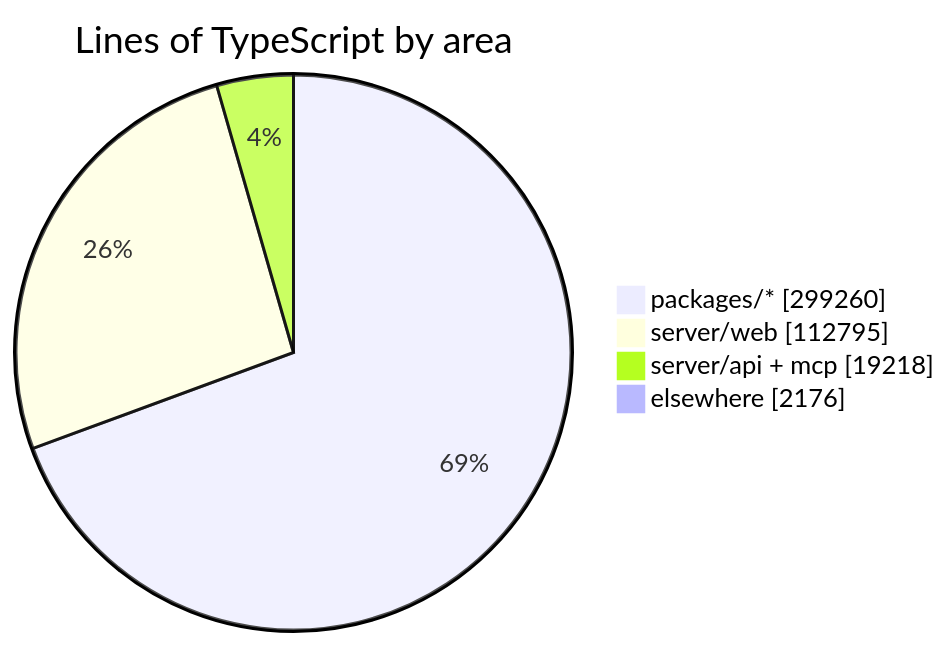
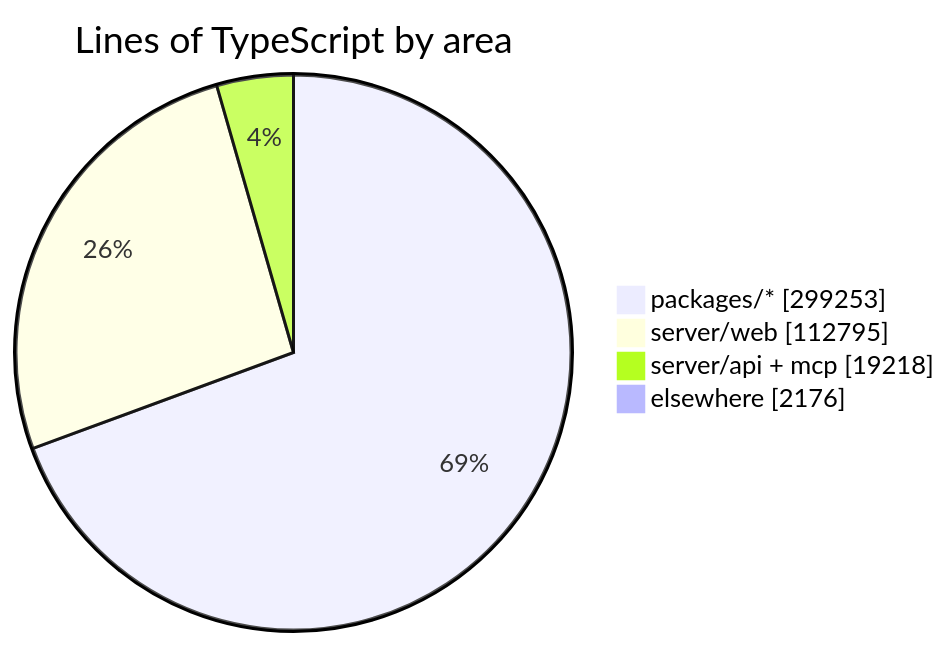
One commit to crossworks-engineering/mantle changed the diagram in README.md. Above: the diagram before and after it, drawn with Mermaid. The commit also changed other lines of this file and 2 other files, not shown here.

````diff
--- a/README.md
+++ b/README.md
@@ -294,7 +294,7 @@
 ```mermaid
 pie showData title Lines of TypeScript by area
-    "packages/*" : 299260
+    "packages/*" : 299253
     "server/web" : 112795
     "server/api + mcp" : 19218
     "elsewhere" : 2176
 ```
````
